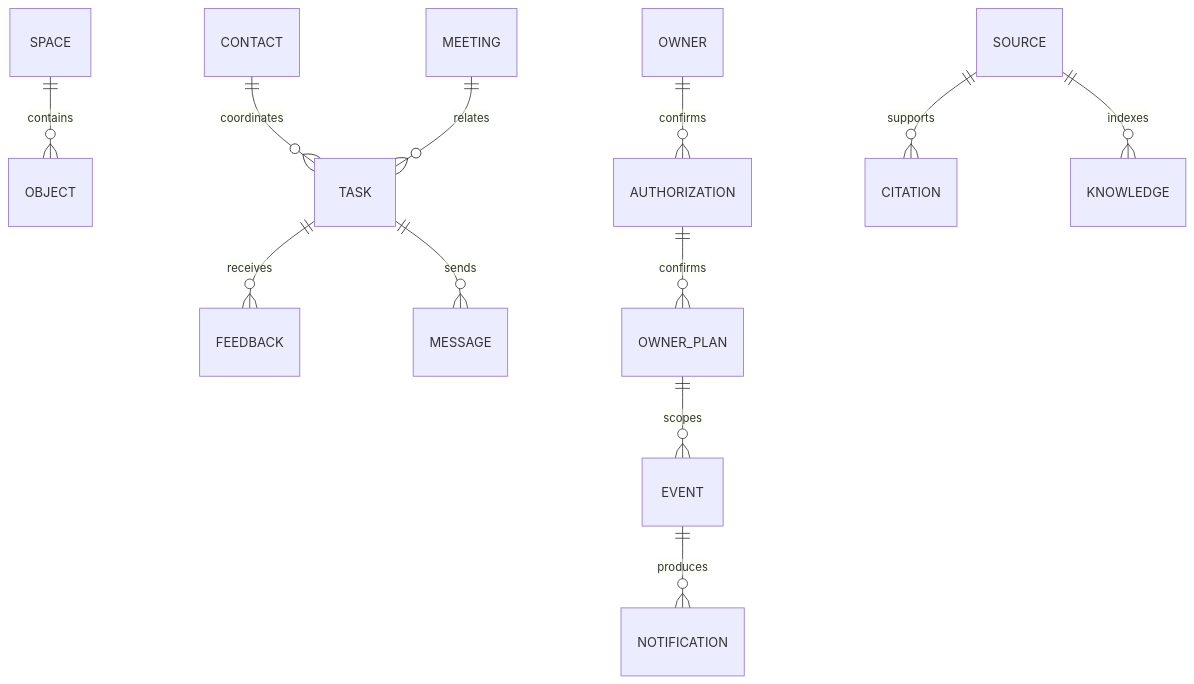
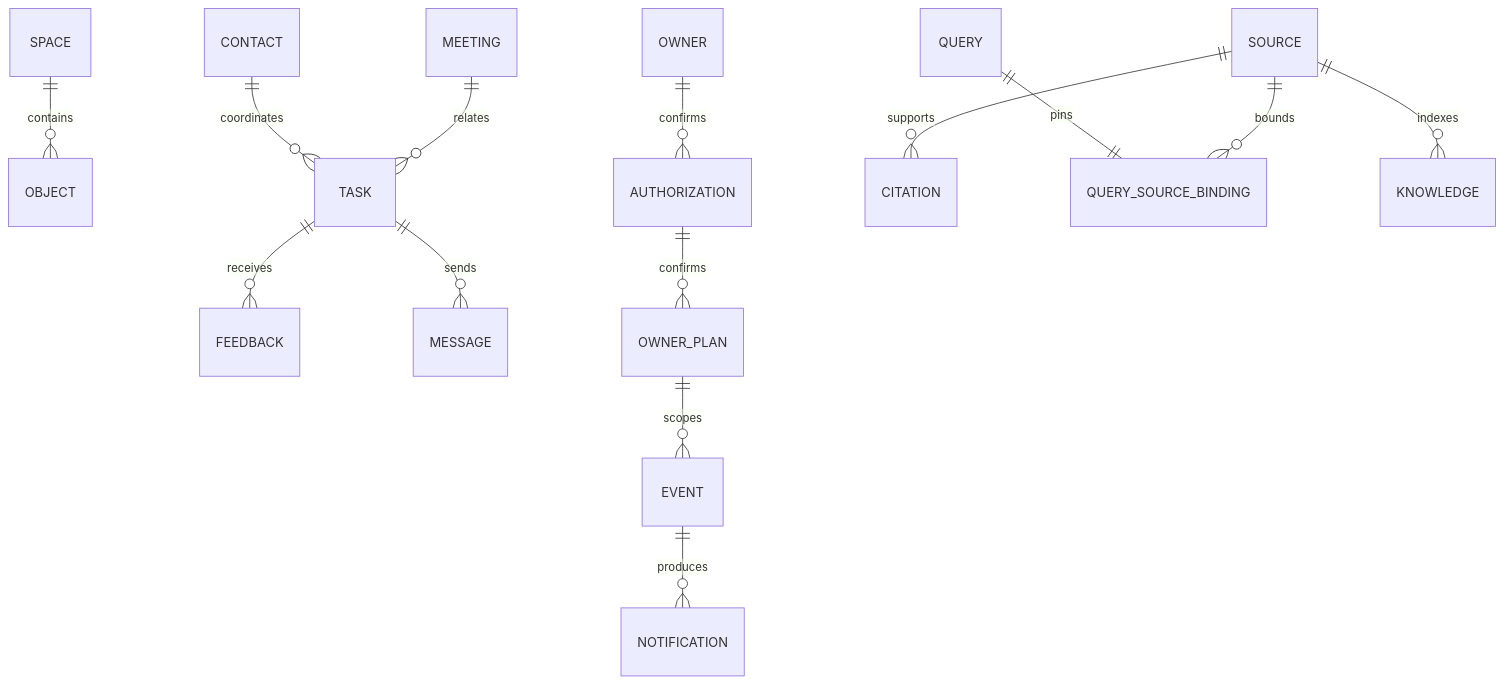
The first of 2 diagrams in docs/LLD-data.md (LIUgongxi2046/Boss-Agent), drawn with Mermaid before and after one commit. The commit also changed other lines of this file and 26 other files, not shown here.

````diff
--- a/docs/LLD-data.md
+++ b/docs/LLD-data.md
@@ -21,14 +21,16 @@
 ```mermaid
 erDiagram
   SPACE ||--o{ OBJECT : contains
   OWNER ||--o{ AUTHORIZATION : confirms
   CONTACT ||--o{ TASK : coordinates
   MEETING ||--o{ TASK : relates
   TASK ||--o{ FEEDBACK : receives
   TASK ||--o{ MESSAGE : sends
   SOURCE ||--o{ CITATION : supports
+  QUERY ||--|| QUERY_SOURCE_BINDING : pins
+  SOURCE ||--o{ QUERY_SOURCE_BINDING : bounds
   SOURCE ||--o{ KNOWLEDGE : indexes
   OWNER_PLAN ||--o{ EVENT : scopes
   EVENT ||--o{ NOTIFICATION : produces
   AUTHORIZATION ||--o{ OWNER_PLAN : confirms
 ```
````
